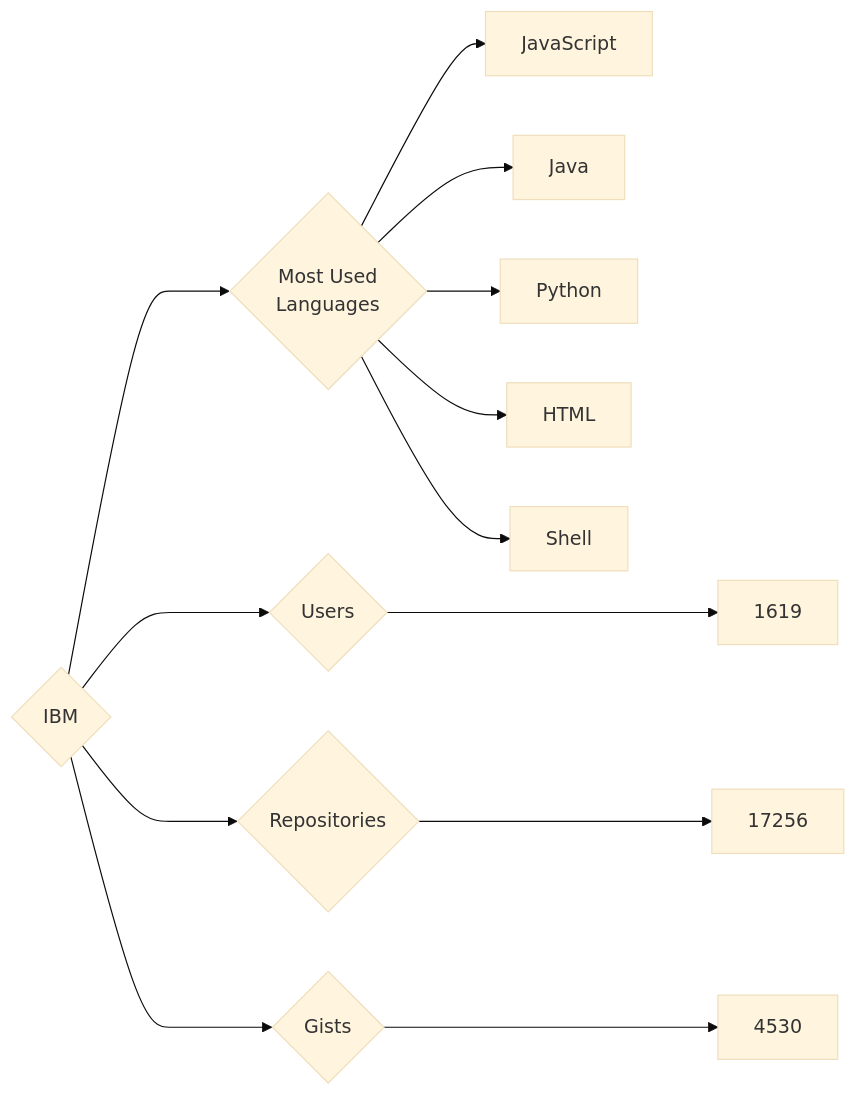
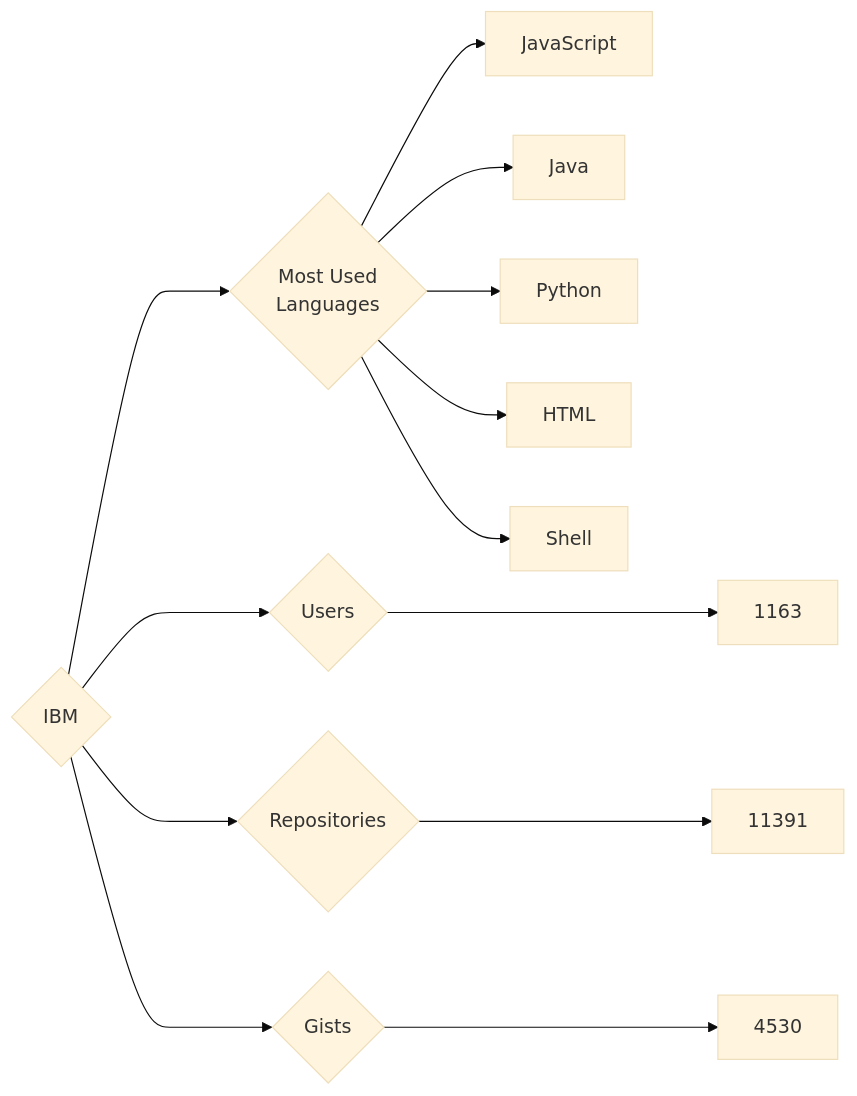
Before and after one commit to trickest/insiders: the diagram in targets/IBM/README.md, drawn with Mermaid (base theme). The commit also changed 681 other files, not shown here.

````diff
--- a/targets/IBM/README.md
+++ b/targets/IBM/README.md
@@ -3,13 +3,13 @@
 ```mermaid
 graph LR
 COMPANY_NAME{IBM}
-COMPANY_NAME ---> U{Users} ---> UN[1619]
-COMPANY_NAME ---> R{Repositories} ---> RN[17256]
+COMPANY_NAME ---> U{Users} ---> UN[1163]
+COMPANY_NAME ---> R{Repositories} ---> RN[11391]
 COMPANY_NAME ---> G{Gists} ---> GN[4530]
 COMPANY_NAME ---> ML{Most Used<br>Languages}
 ML --> JavaScript[JavaScript]
 ML --> Java[Java]
 ML --> Python[Python]
 ML --> HTML[HTML]
 ML --> Shell[Shell]
 ```
````
